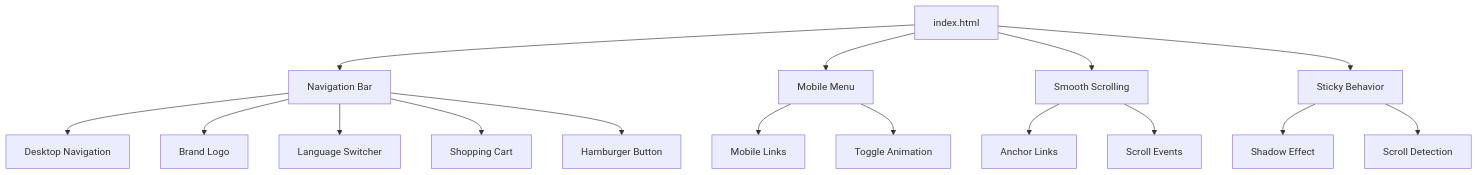
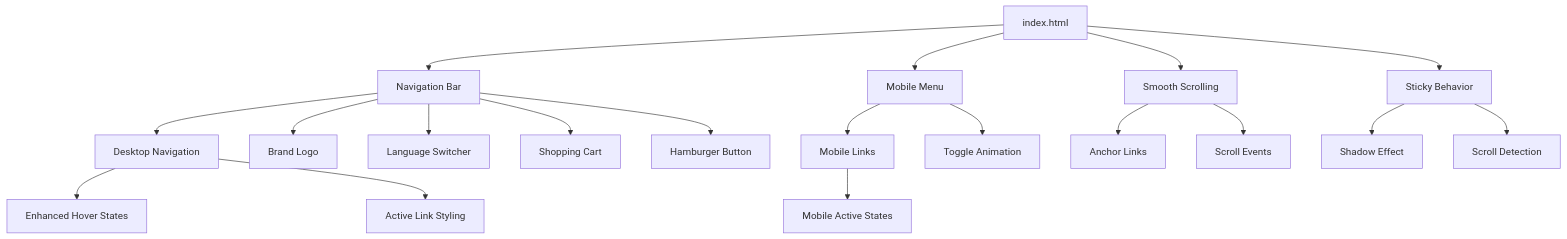
One commit to queenflowerhk/queenflowerhk.github.io changed the first of 4 diagrams in .qoder/repowiki/en/content/User Interface Components/Navigation System.md. Above: the diagram before and after it, drawn with Mermaid. The commit also changed other lines of this file and 20 other files, not shown here.

````diff
--- a/.qoder/repowiki/en/content/User Interface Components/Navigation System.md
+++ b/.qoder/repowiki/en/content/User Interface Components/Navigation System.md
@@ -31,18 +43,21 @@
 ```mermaid
 graph TB
 A[index.html] --> B[Navigation Bar]
 A --> C[Mobile Menu]
 A --> D[Smooth Scrolling]
 A --> E[Sticky Behavior]
 B --> F[Desktop Navigation]
 B --> G[Brand Logo]
 B --> H[Language Switcher]
 B --> I[Shopping Cart]
 B --> J[Hamburger Button]
 C --> K[Mobile Links]
 C --> L[Toggle Animation]
 D --> M[Anchor Links]
 D --> N[Scroll Events]
 E --> O[Shadow Effect]
 E --> P[Scroll Detection]
+F --> Q[Enhanced Hover States]
+F --> R[Active Link Styling]
+K --> S[Mobile Active States]
 ```
````
